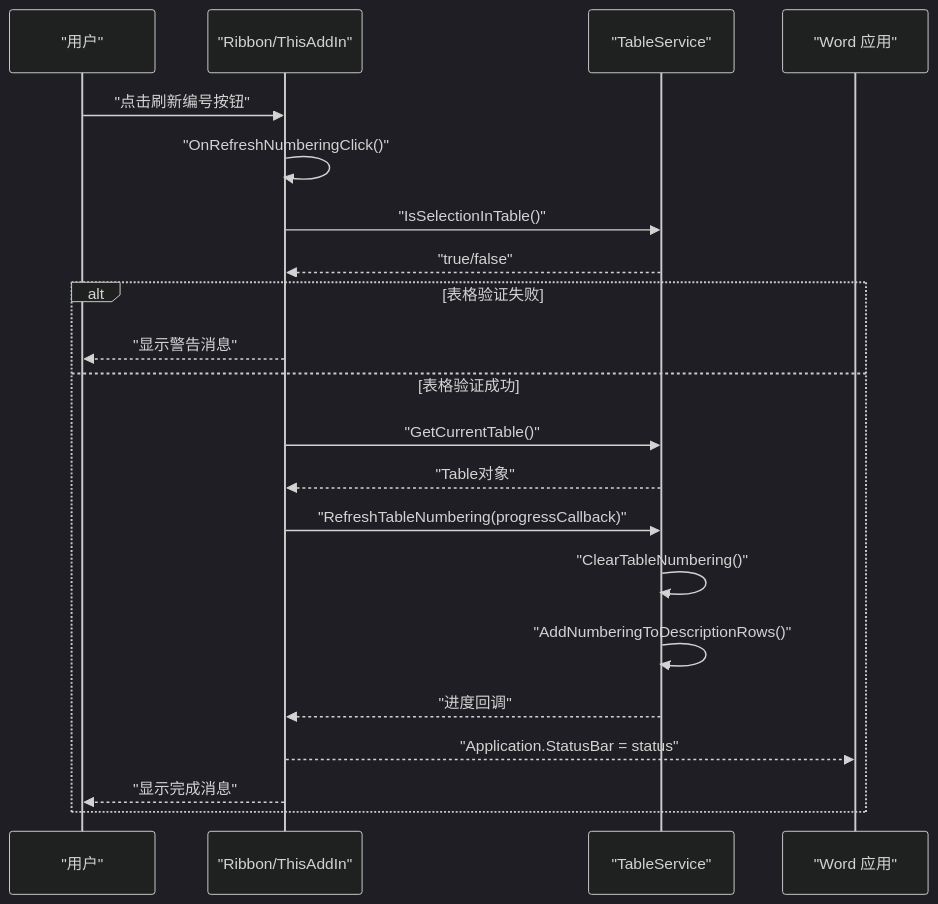
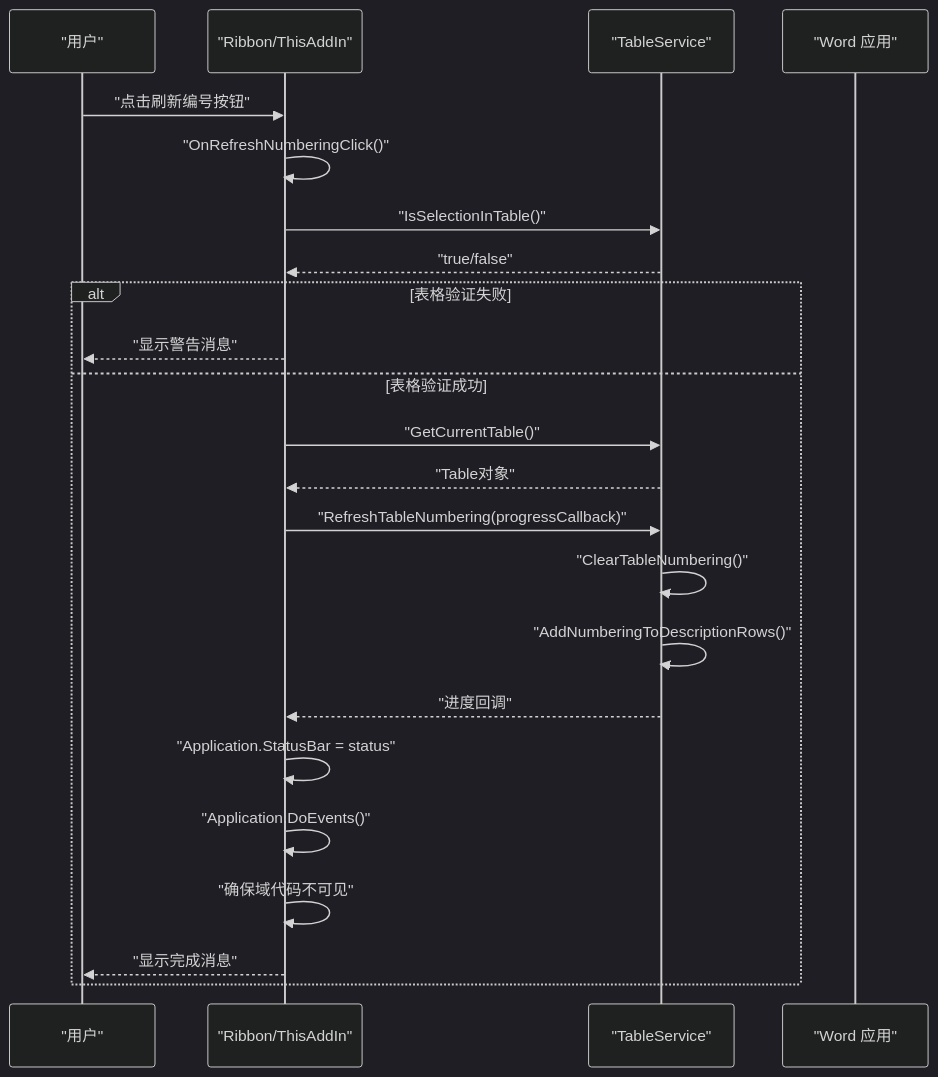
Before and after one commit to rainiva/WordTools: the tenth of 12 diagrams in .qoder/repowiki/zh/content/架构设计/Ribbon界面系统.md, drawn with Mermaid (dark theme). The commit also changed other lines of this file and 7 other files, not shown here.

````diff
--- a/.qoder/repowiki/zh/content/架构设计/Ribbon界面系统.md
+++ b/.qoder/repowiki/zh/content/架构设计/Ribbon界面系统.md
@@ -416,23 +422,25 @@
 ```mermaid
 sequenceDiagram
 participant User as "用户"
 participant Ribbon as "Ribbon/ThisAddIn"
 participant TableService as "TableService"
 participant Word as "Word 应用"
 User->>Ribbon : "点击刷新编号按钮"
 Ribbon->>Ribbon : "OnRefreshNumberingClick()"
 Ribbon->>TableService : "IsSelectionInTable()"
 TableService-->>Ribbon : "true/false"
 alt 表格验证失败
 Ribbon-->>User : "显示警告消息"
 else 表格验证成功
 Ribbon->>TableService : "GetCurrentTable()"
 TableService-->>Ribbon : "Table对象"
 Ribbon->>TableService : "RefreshTableNumbering(progressCallback)"
 TableService->>TableService : "ClearTableNumbering()"
 TableService->>TableService : "AddNumberingToDescriptionRows()"
 TableService-->>Ribbon : "进度回调"
-Ribbon-->>Word : "Application.StatusBar = status"
+Ribbon->>Ribbon : "Application.StatusBar = status"
+Ribbon->>Ribbon : "Application.DoEvents()"
+Ribbon->>Ribbon : "确保域代码不可见"
 Ribbon-->>User : "显示完成消息"
 end
 ```
````
